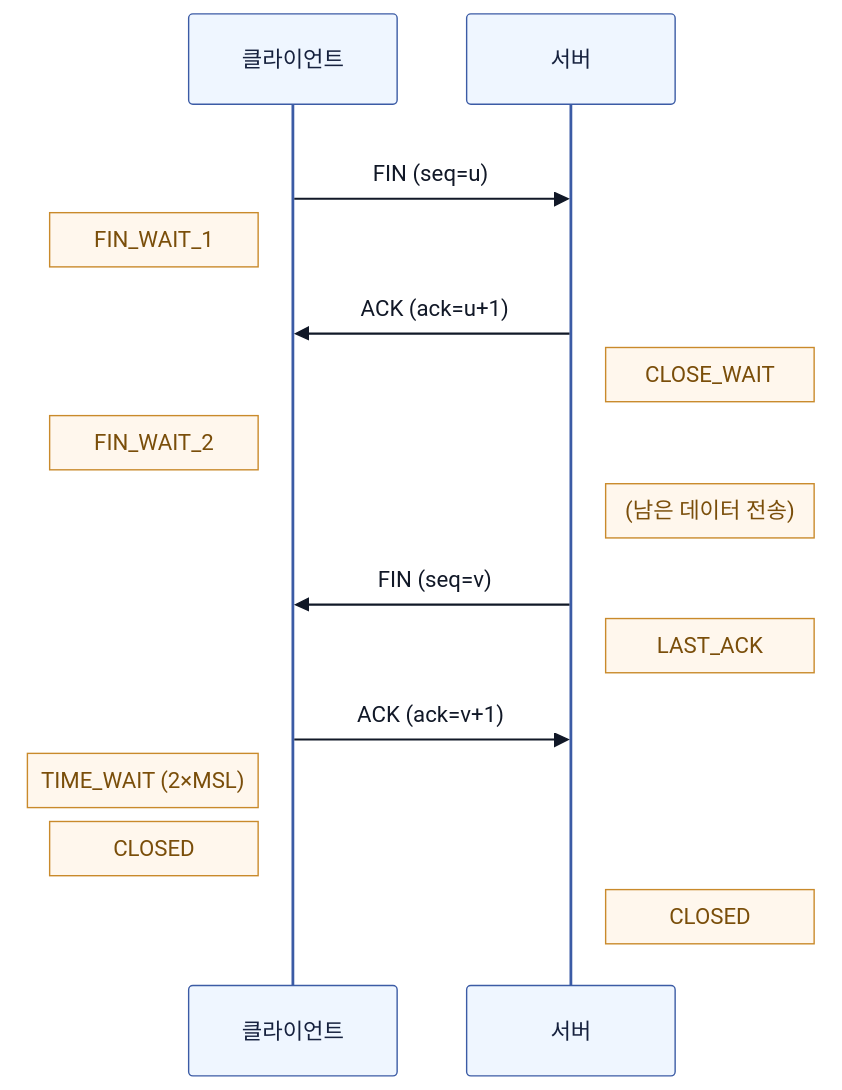
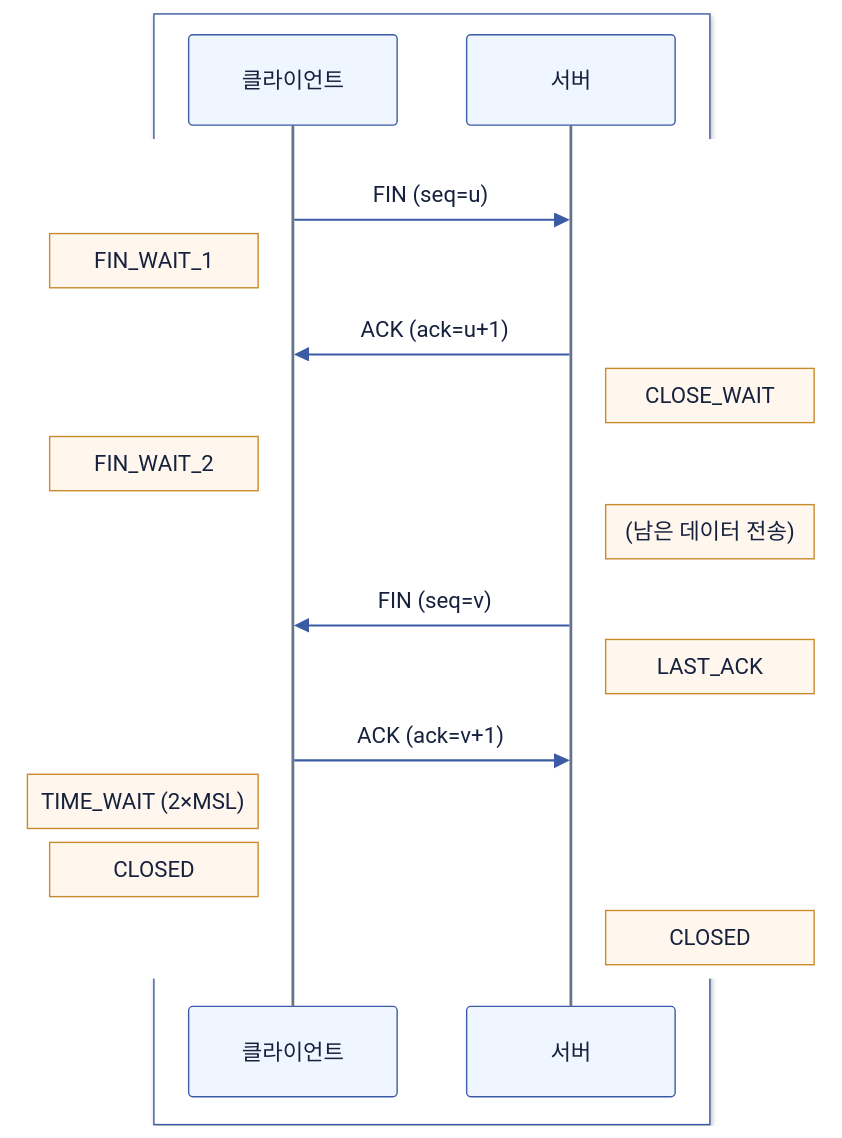
The third of 6 diagrams in computer-science/2607-network-fundamentals.md (Hyune-s-lab/my-ai-study), drawn with Mermaid before and after one commit. The commit also changed other lines of this file and 28 other files, not shown here.

Commit message:
docs: Mermaid 호환성과 문서 가독성 개선

````diff
--- a/computer-science/2607-network-fundamentals.md
+++ b/computer-science/2607-network-fundamentals.md
@@ -145,35 +94,22 @@
 ```mermaid
----
-config:
-  theme: base
-  darkMode: false
-  themeVariables:
-    background: "#ffffff"
-    primaryTextColor: "#111827"
-    lineColor: "#334155"
-    actorBkg: "#EFF6FF"
-    actorBorder: "#3B5BA5"
-    actorTextColor: "#16213E"
-    noteBkgColor: "#FFF7ED"
-    noteBorderColor: "#C98A2B"
-    noteTextColor: "#7A4E0A"
-    edgeLabelBackground: "#ffffff"
----
 sequenceDiagram
-  rect rgb(255, 255, 255)
+%%{init: {"theme": "base", "darkMode": false, "themeVariables": {"background": "#ffffff", "primaryColor": "#EFF6FF", "primaryTextColor": "#16213E", "primaryBorderColor": "#3B5BA5", "secondaryColor": "#F0FDF4", "tertiaryColor": "#FAF5FF", "lineColor": "#3B5BA5", "textColor": "#16213E", "edgeLabelBackground": "#ffffff", "actorBkg": "#EFF6FF", "actorBorder": "#3B5BA5", "actorTextColor": "#16213E", "signalColor": "#3B5BA5", "signalTextColor": "#16213E", "noteBkgColor": "#FFF7ED", "noteBorderColor": "#C98A2B", "noteTextColor": "#16213E", "labelBoxBkgColor": "#EFF6FF", "labelTextColor": "#16213E", "loopTextColor": "#16213E", "actorLineColor": "#64748B", "labelBoxBorderColor": "#3B5BA5"}}}%%
+  box rgb(255, 255, 255)
     participant C as 클라이언트
     participant S as 서버
+  end
+  rect rgb(255, 255, 255)
     C->>S: FIN (seq=u)
     Note left of C: FIN_WAIT_1
     S->>C: ACK (ack=u+1)
     Note right of S: CLOSE_WAIT
     Note left of C: FIN_WAIT_2
     Note right of S: (남은 데이터 전송)
     S->>C: FIN (seq=v)
     Note right of S: LAST_ACK
     C->>S: ACK (ack=v+1)
     Note left of C: TIME_WAIT (2×MSL)
     Note left of C: CLOSED
     Note right of S: CLOSED
   end
 ```
````
